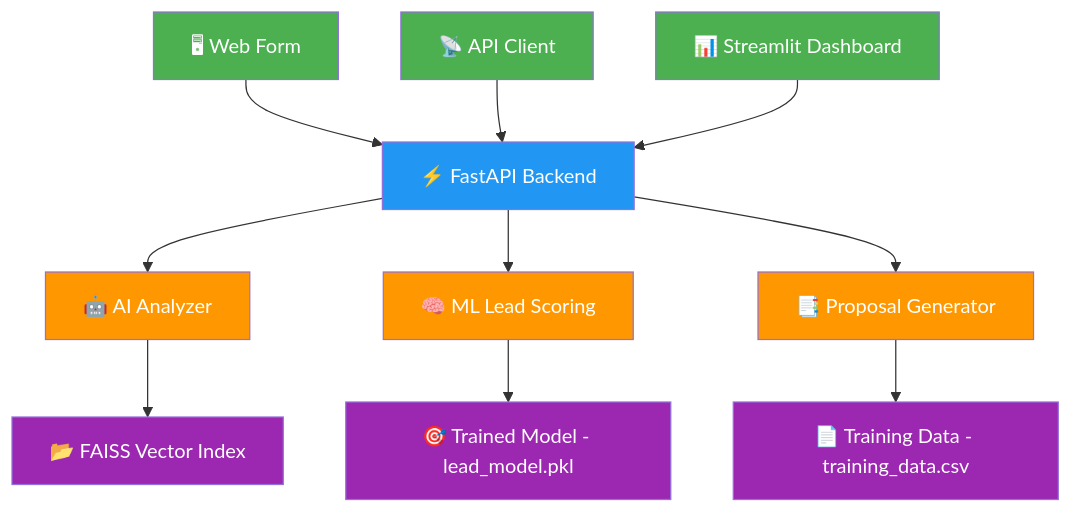
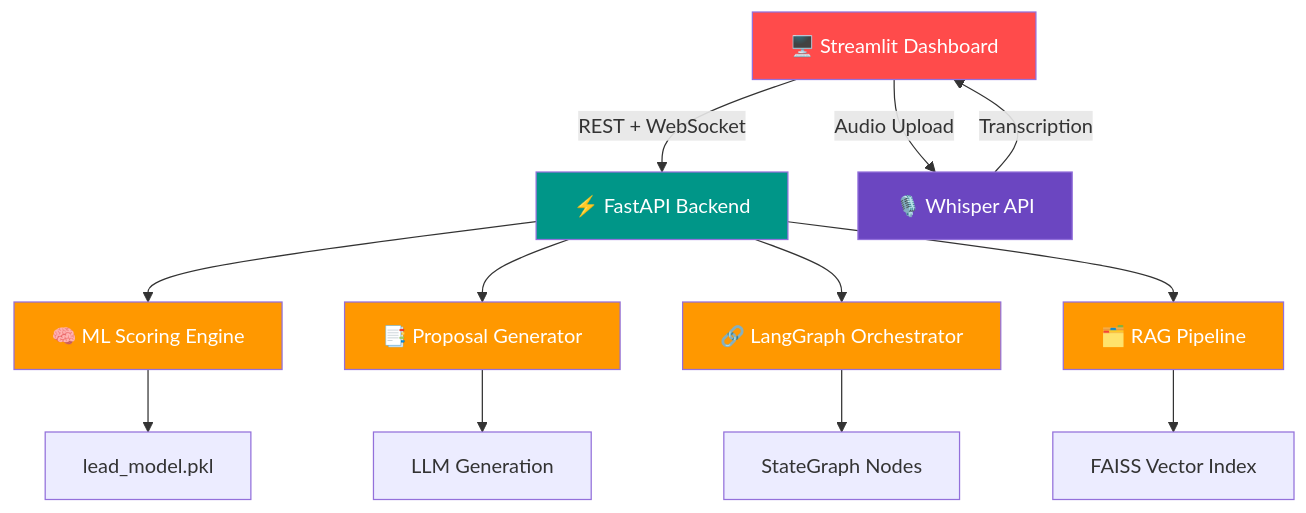
One commit to debasmita30/AI-Agency-Automation changed the diagram in README.md. Above: the diagram before and after it, drawn with Mermaid. The commit also changed other lines of this file, not shown here.

````diff
--- a/README.md
+++ b/README.md
@@ -148,26 +91,25 @@
 ```mermaid
 graph TD
-    A[🖥 Web Form] --> D[⚡ FastAPI Backend]
-    B[📡 API Client] --> D
-    C[📊 Streamlit Dashboard] --> D
-    
-    D --> E[🤖 AI Analyzer]
-    D --> F[🧠 ML Lead Scoring]
-    D --> G[📑 Proposal Generator]
-    
-    E --> H[📂 FAISS Vector Index]
-    F --> I[🎯 Trained Model - lead_model.pkl]
-    G --> J[📄 Training Data - training_data.csv]
-    
-    style A fill:#4CAF50,color:#fff
-    style B fill:#4CAF50,color:#fff
-    style C fill:#4CAF50,color:#fff
-    style D fill:#2196F3,color:#fff
+    A[🖥️ Streamlit Dashboard] -->|REST + WebSocket| B[⚡ FastAPI Backend]
+    A -->|Audio Upload| C[🎙️ Whisper API]
+
+    B --> D[🧠 ML Scoring Engine]
+    B --> E[📑 Proposal Generator]
+    B --> F[🔗 LangGraph Orchestrator]
+    B --> G[🗂️ RAG Pipeline]
+
+    D --> H[lead_model.pkl]
+    E --> I[LLM Generation]
+    F --> J[StateGraph Nodes]
+    G --> K[FAISS Vector Index]
+
+    C -->|Transcription| A
+
+    style A fill:#FF4B4B,color:#fff
+    style B fill:#009688,color:#fff
+    style C fill:#6B46C1,color:#fff
+    style D fill:#FF9800,color:#fff
     style E fill:#FF9800,color:#fff
     style F fill:#FF9800,color:#fff
     style G fill:#FF9800,color:#fff
-    style H fill:#9C27B0,color:#fff
-    style I fill:#9C27B0,color:#fff
-    style J fill:#9C27B0,color:#fff
-
 ```
````
